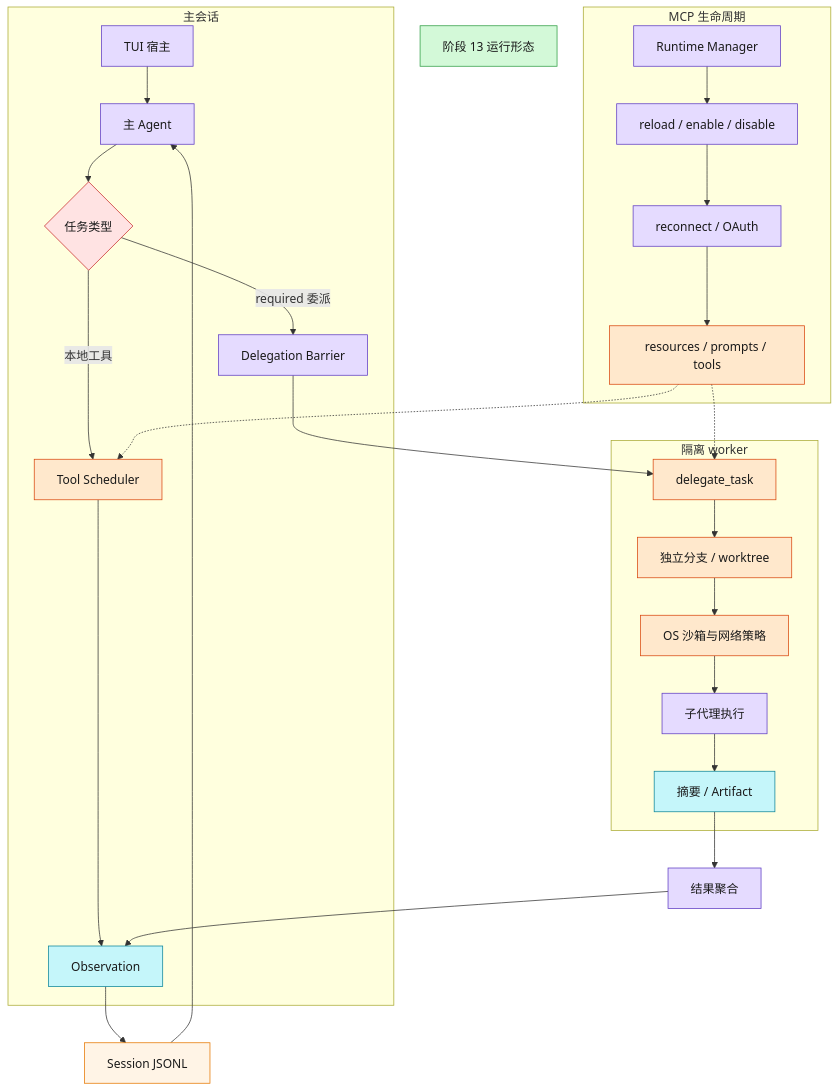
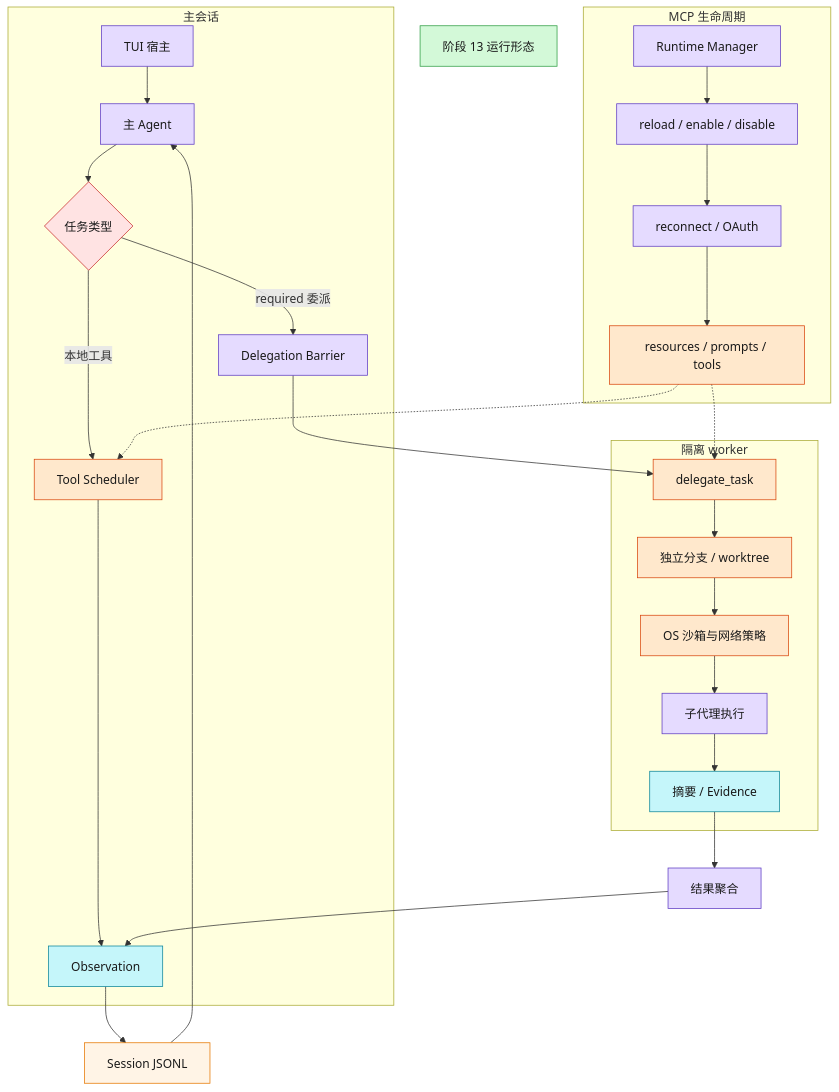
Before and after one commit to 99Gaoxiaoqi/pico-harness: the diagram in docs/images/pico-harness-architecture/stage13-isolated-runtime.mmd, drawn with Mermaid. The commit also changed 125 other files, not shown here.

```diff
--- a/docs/images/pico-harness-architecture/stage13-isolated-runtime.mmd
+++ b/docs/images/pico-harness-architecture/stage13-isolated-runtime.mmd
@@ -1,45 +1,45 @@
 flowchart TB
     A[阶段 13 运行形态]
 
     subgraph MAIN[主会话]
         T[TUI 宿主] --> M[主 Agent]
         M --> Q{任务类型}
         Q -- 本地工具 --> L[Tool Scheduler]
         Q -- required 委派 --> B[Delegation Barrier]
         L --> O[Observation]
     end
 
     subgraph WORKER[隔离 worker]
         B --> D[delegate_task]
         D --> W1[独立分支 / worktree]
         W1 --> W2[OS 沙箱与网络策略]
         W2 --> W3[子代理执行]
-        W3 --> W4[摘要 / Artifact]
+        W3 --> W4[摘要 / Evidence]
     end
 
     subgraph MCP[MCP 生命周期]
         R1[Runtime Manager] --> R2[reload / enable / disable]
         R2 --> R3[reconnect / OAuth]
         R3 --> R4[resources / prompts / tools]
     end
 
     W4 --> G[结果聚合]
     G --> O
     R4 -.-> L
     R4 -.-> D
     O --> S[Session JSONL]
     S --> M
 
     classDef input fill:#d3f9d8,stroke:#2f9e44,color:#1a1a1a
     classDef process fill:#e5dbff,stroke:#5f3dc4,color:#1a1a1a
     classDef decision fill:#ffe3e3,stroke:#c92a2a,color:#1a1a1a
     classDef action fill:#ffe8cc,stroke:#d9480f,color:#1a1a1a
     classDef output fill:#c5f6fa,stroke:#0c8599,color:#1a1a1a
     classDef storage fill:#fff4e6,stroke:#e67700,color:#1a1a1a
 
     class A input
     class T,M,B,W3,G,R1,R2,R3 process
     class Q decision
     class L,D,W1,W2,R4 action
     class O,W4 output
     class S storage
```
